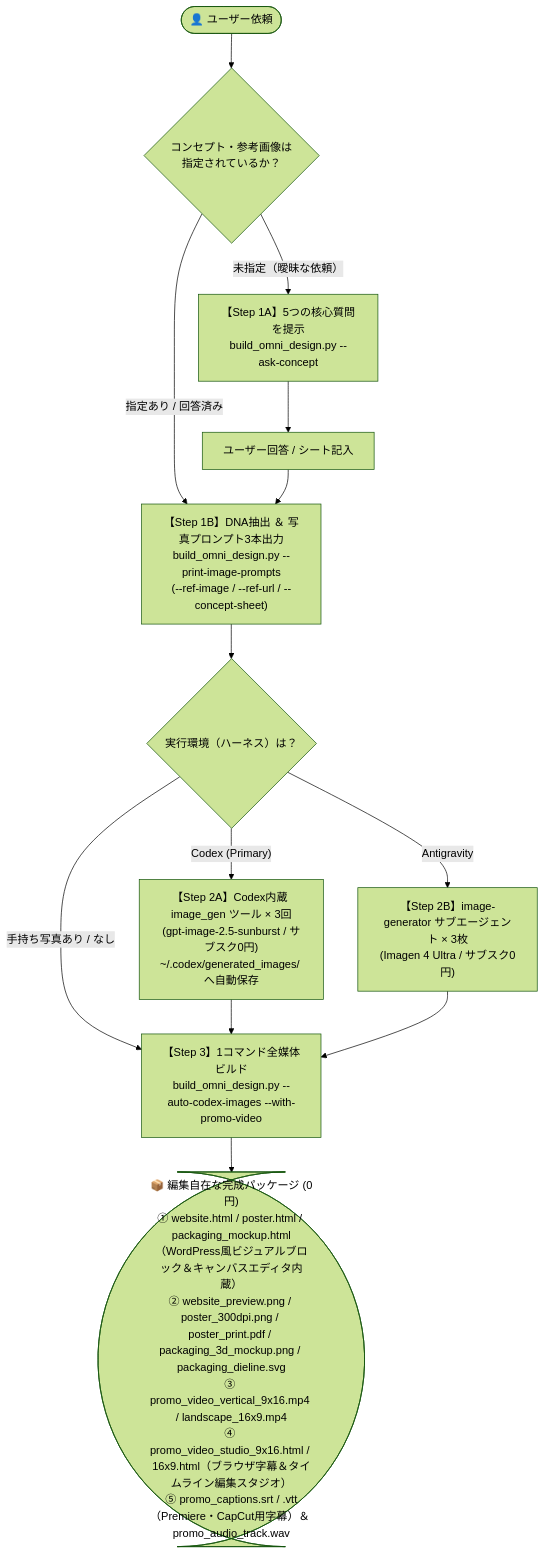
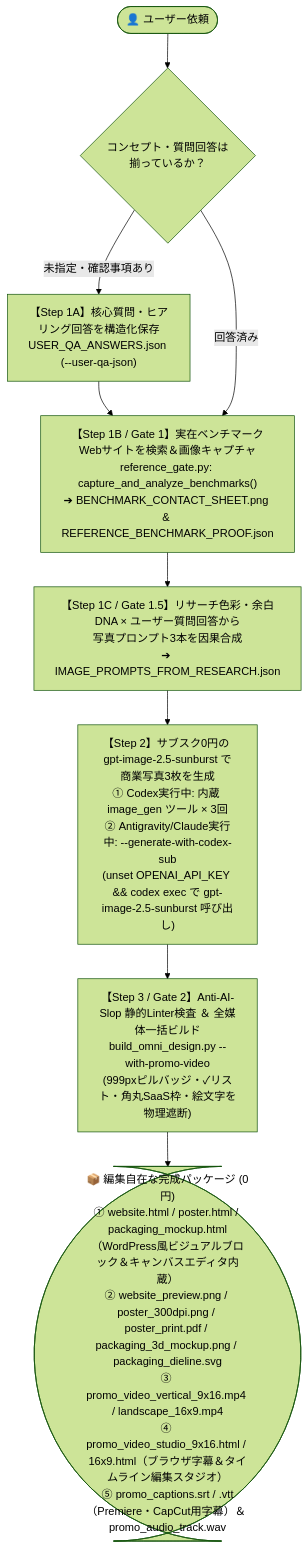
Before and after one commit to kodawarimax/omni-design-studio: the diagram in SKILL.md, drawn with Mermaid (forest theme). The commit also changed other lines of this file and 2 other files, not shown here.

Commit message:
feat: bind USER_QA_ANSWERS.json + Benchmark DNA -> gpt-image-2.5-sunburst (Codex sub) as primary pipeline

````diff
--- a/SKILL.md
+++ b/SKILL.md
@@ -16,22 +16,20 @@
 ```mermaid
 flowchart TD
-    Start(["👤 ユーザー依頼"]) --> Check{"コンセプト・参考画像は<br>指定されているか？"}
+    Start(["👤 ユーザー依頼"]) --> Check{"コンセプト・質問回答は<br>揃っているか？"}
 
-    %% Step 1
-    Check -- "未指定（曖昧な依頼）" --> Ask["【Step 1A】5つの核心質問を提示<br>build_omni_design.py --ask-concept"]
-    Ask --> UserAns["ユーザー回答 / シート記入"]
-    Check -- "指定あり / 回答済み" --> PromptGen["【Step 1B】DNA抽出 ＆ 写真プロンプト3本出力<br>build_omni_design.py --print-image-prompts<br>(--ref-image / --ref-url / --concept-sheet)"]
-    UserAns --> PromptGen
+    %% Step 1A: User Q&A
+    Check -- "未指定・確認事項あり" --> Ask["【Step 1A】核心質問・ヒアリング回答を構造化保存<br>USER_QA_ANSWERS.json (--user-qa-json)"]
+    Ask --> BenchCapture
+    Check -- "回答済み" --> BenchCapture["【Step 1B / Gate 1】実在ベンチマークWebサイトを検索＆画像キャプチャ<br>reference_gate.py: capture_and_analyze_benchmarks()<br>➔ BENCHMARK_CONTACT_SHEET.png & REFERENCE_BENCHMARK_PROOF.json"]
 
-    %% Step 2
-    PromptGen --> Harness{"実行環境（ハーネス）は？"}
-    Harness -- "Codex (Primary)" --> CodexImg["【Step 2A】Codex内蔵 image_gen ツール × 3回<br>(gpt-image-2.5-sunburst / サブスク0円)<br>~/.codex/generated_images/ へ自動保存"]
-    Harness -- "Antigravity" --> AgyImg["【Step 2B】image-generator サブエージェント × 3枚<br>(Imagen 4 Ultra / サブスク0円)"]
-    Harness -- "手持ち写真あり / なし" --> DirectBuild
+    %% Step 1.5: Causal Prompt Synthesis
+    BenchCapture --> PromptGen["【Step 1C / Gate 1.5】リサーチ色彩・余白DNA × ユーザー質問回答から<br>写真プロンプト3本を因果合成<br>➔ IMAGE_PROMPTS_FROM_RESEARCH.json"]
 
-    %% Step 3
-    CodexImg --> DirectBuild["【Step 3】1コマンド全媒体ビルド<br>build_omni_design.py --auto-codex-images --with-promo-video"]
-    AgyImg --> DirectBuild
+    %% Step 2: Image Generation (Sunburst Primary)
+    PromptGen --> SunburstGen["【Step 2】サブスク0円の gpt-image-2.5-sunburst で商業写真3枚を生成<br>① Codex実行中: 内蔵 image_gen ツール × 3回<br>② Antigravity/Claude実行中: --generate-with-codex-sub<br>(unset OPENAI_API_KEY && codex exec で gpt-image-2.5-sunburst 呼び出し)"]
+
+    %% Step 3: Build & Gate 2 Lint
+    SunburstGen --> DirectBuild["【Step 3 / Gate 2】Anti-AI-Slop 静的Linter検査 ＆ 全媒体一括ビルド<br>build_omni_design.py --with-promo-video<br>(999pxピルバッジ・✓リスト・角丸SaaS枠・絵文字を物理遮断)"]
 
     DirectBuild --> Out(["📦 編集自在な完成パッケージ (0円)<br>① website.html / poster.html / packaging_mockup.html<br>（WordPress風ビジュアルブロック＆キャンバスエディタ内蔵）<br>② website_preview.png / poster_300dpi.png / poster_print.pdf / packaging_3d_mockup.png / packaging_dieline.svg<br>③ promo_video_vertical_9x16.mp4 / landscape_16x9.mp4<br>④ promo_video_studio_9x16.html / 16x9.html（ブラウザ字幕＆タイムライン編集スタジオ）<br>⑤ promo_captions.srt / .vtt（Premiere・CapCut用字幕）＆ promo_audio_track.wav"])
 ```
````
